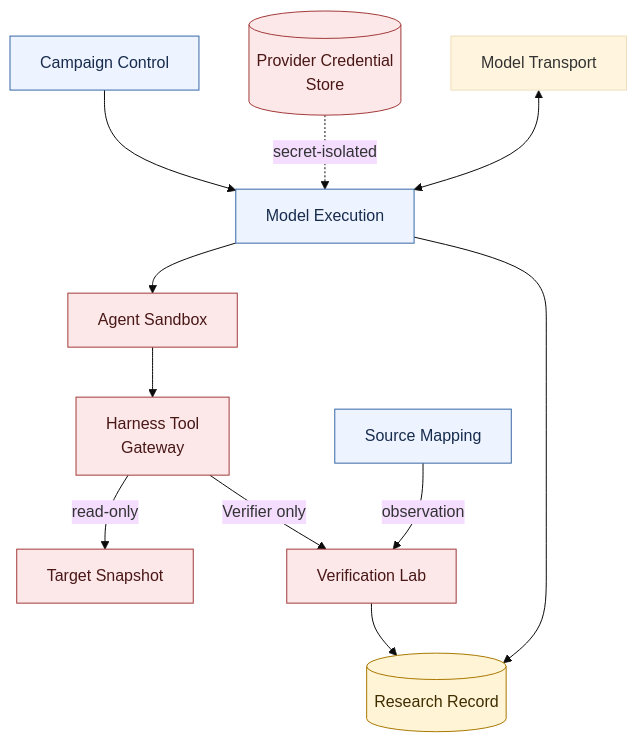
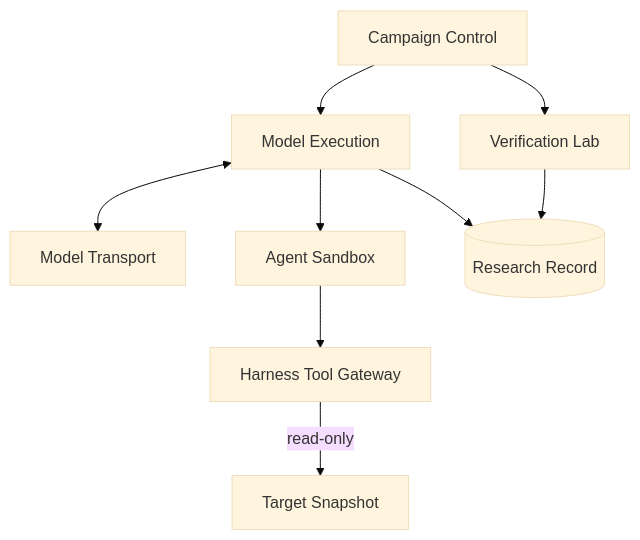
Before and after one commit to momoponwork1415-lgtm/wordpress-harness: the third of 3 diagrams in docs/design/architecture/architecture-overview.md, drawn with Mermaid (base theme). The commit also changed other lines of this file and 34 other files, not shown here.

````diff
--- a/docs/design/architecture/architecture-overview.md
+++ b/docs/design/architecture/architecture-overview.md
@@ -127,30 +62,17 @@
 ```mermaid
 flowchart TB
     control["Campaign Control"]
     execution["Model Execution"]
-    credentials[("Provider Credential<br/>Store")]
     provider["Model Transport"]
     sandbox["Agent Sandbox"]
-    tools["Harness Tool<br/>Gateway"]
-    mapping["Source Mapping"]
+    tools["Harness Tool Gateway"]
     target["Target Snapshot"]
     lab["Verification Lab"]
     record[("Research Record")]
 
-    control --> execution
-    credentials -. "secret-isolated" .-> execution
-    provider <--> execution
-    execution --> sandbox --> tools
-    tools -->|"read-only"| target
-    tools -->|"Verifier only"| lab
-    mapping -->|"observation"| lab
+    control --> execution <--> provider
+    execution --> sandbox --> tools -->|"read-only"| target
+    control --> lab
+    lab --> record
     execution --> record
-    lab --> record
-
-    classDef context fill:#edf4ff,stroke:#3767a6,color:#172b4d;
-    classDef security fill:#fce8e8,stroke:#a33a3a,color:#4a1717;
-    classDef durable fill:#fff5d6,stroke:#a87800,color:#3f2d00;
-    class control,execution,mapping context;
-    class credentials,sandbox,tools,target,lab security;
-    class record durable;
 ```
````
